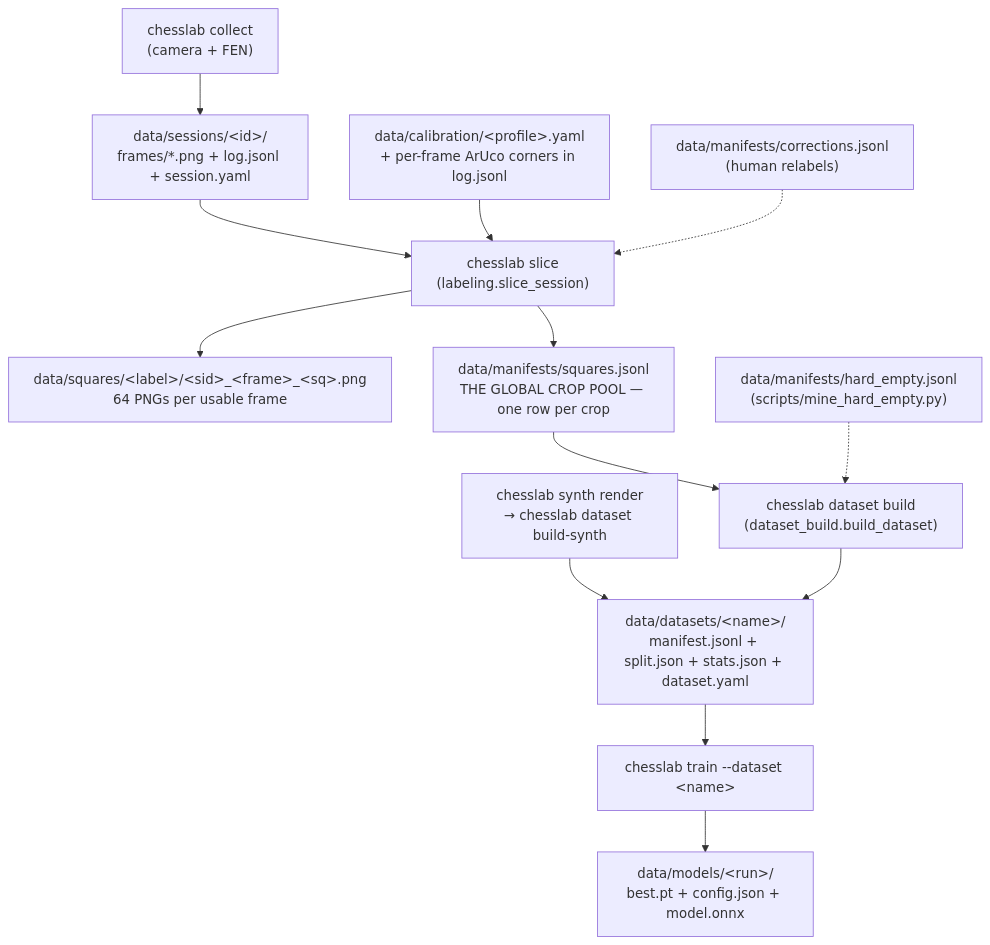
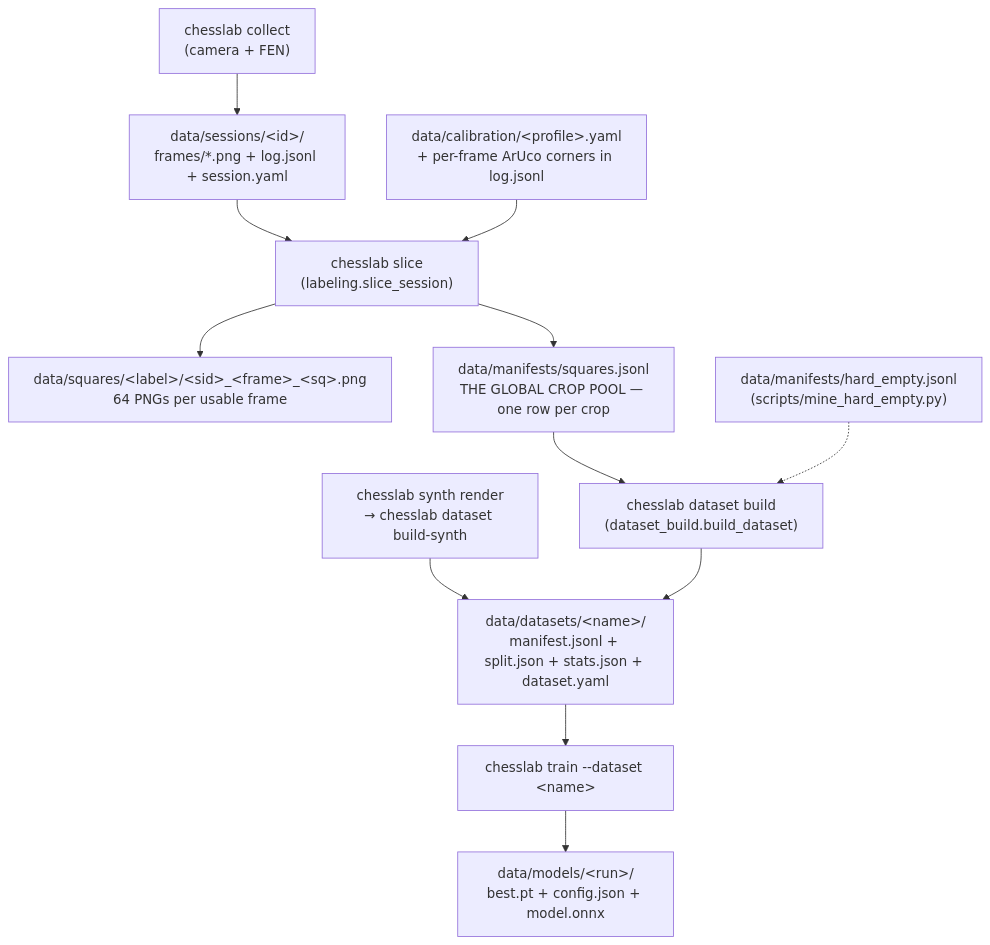
One commit to Kloggzer/chess-vision changed the diagram in docs/data-pipeline.md. Above: the diagram before and after it, drawn with Mermaid. The commit also changed other lines of this file and 5 other files, not shown here.

````diff
--- a/docs/data-pipeline.md
+++ b/docs/data-pipeline.md
@@ -14,15 +14,14 @@
 ```mermaid
 flowchart TD
     C["chesslab collect<br/>(camera + FEN)"] --> S["data/sessions/&lt;id&gt;/<br/>frames/*.png + log.jsonl + session.yaml"]
     S --> SL["chesslab slice<br/>(labeling.slice_session)"]
     CAL["data/calibration/&lt;profile&gt;.yaml<br/>+ per-frame ArUco corners in log.jsonl"] --> SL
-    COR["data/manifests/corrections.jsonl<br/>(human relabels)"] -.-> SL
     SL --> SQ["data/squares/&lt;label&gt;/&lt;sid&gt;_&lt;frame&gt;_&lt;sq&gt;.png<br/>64 PNGs per usable frame"]
     SL --> MF["data/manifests/squares.jsonl<br/>THE GLOBAL CROP POOL — one row per crop"]
     SYN["chesslab synth render<br/>→ chesslab dataset build-synth"] --> DS
     MF --> DB["chesslab dataset build<br/>(dataset_build.build_dataset)"]
     HE["data/manifests/hard_empty.jsonl<br/>(scripts/mine_hard_empty.py)"] -.-> DB
     DB --> DS["data/datasets/&lt;name&gt;/<br/>manifest.jsonl + split.json + stats.json + dataset.yaml"]
     DS --> TR["chesslab train --dataset &lt;name&gt;"]
     TR --> MOD["data/models/&lt;run&gt;/<br/>best.pt + config.json + model.onnx"]
 ```
````
